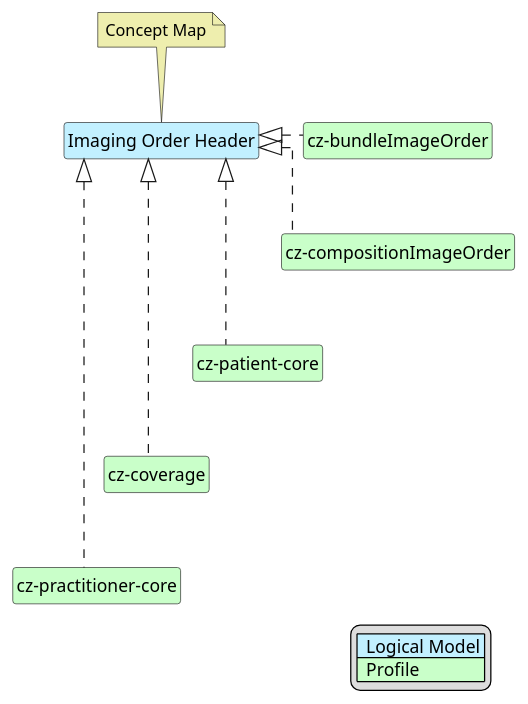
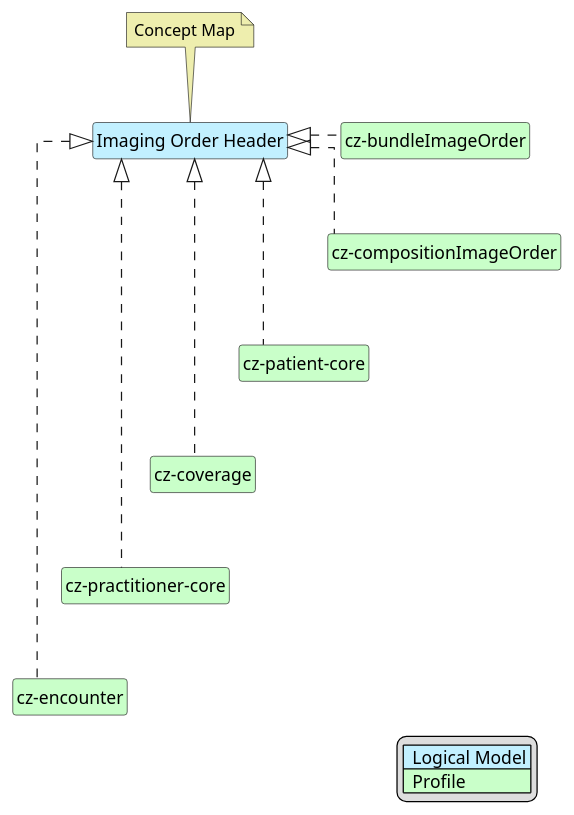
The diagram in input/images-source/imgOrderHead-map.plantuml (HL7-cz/img-order), drawn with PlantUML before and after one commit. The commit also changed 16 other files, not shown here.

```diff
--- a/input/images-source/imgOrderHead-map.plantuml
+++ b/input/images-source/imgOrderHead-map.plantuml
@@ -1,43 +1,46 @@
 @startuml
 hide circle
 hide stereotype
 hide members
 hide methods
 skinparam linetype ortho
 skinparam class {
 BackgroundColor<<LogicalModel>> #APPLICATION
 BackgroundColor<<Profile>> #TECHNOLOGY
 }
 legend right
 | <#APPLICATION>  Logical Model |
 | <#TECHNOLOGY>  Profile |
 endlegend
 class "Imaging Order Header" <<LogicalModel>> [[StructureDefinition-HeaderImagingOrder.html]]
 note top #EEEEAE [[ConceptMap-HeaderImagingOrder2FHIR-cz.html]]
 Concept Map
 endnote
 /'
 class "Additional Recipient" <<LogicalModel>> [[StructureDefinition-AdditionalRecipientCz.html]]
 class "Author" <<LogicalModel>> [[StructureDefinition-AuthorCz.html]]
 class "Information about coverage" <<LogicalModel>> [[StructureDefinition-CoverageOrderCz.html]]
 class "Document metadata" <<LogicalModel>> [[StructureDefinition-DocumentMetadataCz.html]]
 class "Health insurance and payment information" <<LogicalModel>> [[StructureDefinition-PayerCz.html]]
 class "Requested Performer" <<LogicalModel>> [[StructureDefinition-RequestedPerformerCz.html]]
 class "Identification" <<LogicalModel>> [[StructureDefinition-SubjectCz.html]]
 class "Related contact information of the Patient/subject" <<LogicalModel>> [[StructureDefinition-SubjectCz.html]]
 '/
+class "cz-encounter" <<Profile>> [[https://build.fhir.org/ig/HL7-cz/cz-core/StructureDefinition-cz-encounter.html]]
 class "cz-coverage" <<Profile>> [[https://build.fhir.org/ig/HL7-cz/cz-core/StructureDefinition-cz-coverage.html]]
 class "cz-patient-core" <<Profile>> [[https://build.fhir.org/ig/HL7-cz/cz-core/StructureDefinition-cz-patient-core.html]]
 class "cz-practitioner-core" <<Profile>> [[https://build.fhir.org/ig/HL7-cz/cz-core/StructureDefinition-cz-practitioner-core.html]]
 class "cz-bundleImageOrder" <<Profile>> [[StructureDefinition-cz-bundleImageOrder.html]]
 class "cz-compositionImageOrder" <<Profile>> [[StructureDefinition-cz-compositionImageOrder.html]]
 "Imaging Order Header" <|. "cz-compositionImageOrder"
 "Imaging Order Header" <|. "cz-bundleImageOrder"
 "Imaging Order Header" <|. "cz-patient-core"
 "Imaging Order Header" <|. "cz-coverage"
 "Imaging Order Header" <|. "cz-practitioner-core"
+"Imaging Order Header" <|. "cz-encounter"
 "cz-bundleImageOrder" -d[hidden]-> "cz-compositionImageOrder"
 "cz-compositionImageOrder" -d[hidden]-> "cz-patient-core"
 "cz-patient-core" -d[hidden]-> "cz-coverage"
 "cz-coverage" -d[hidden]-> "cz-practitioner-core"
+"cz-practitioner-core" -d[hidden]-> "cz-encounter"
 @enduml
```
